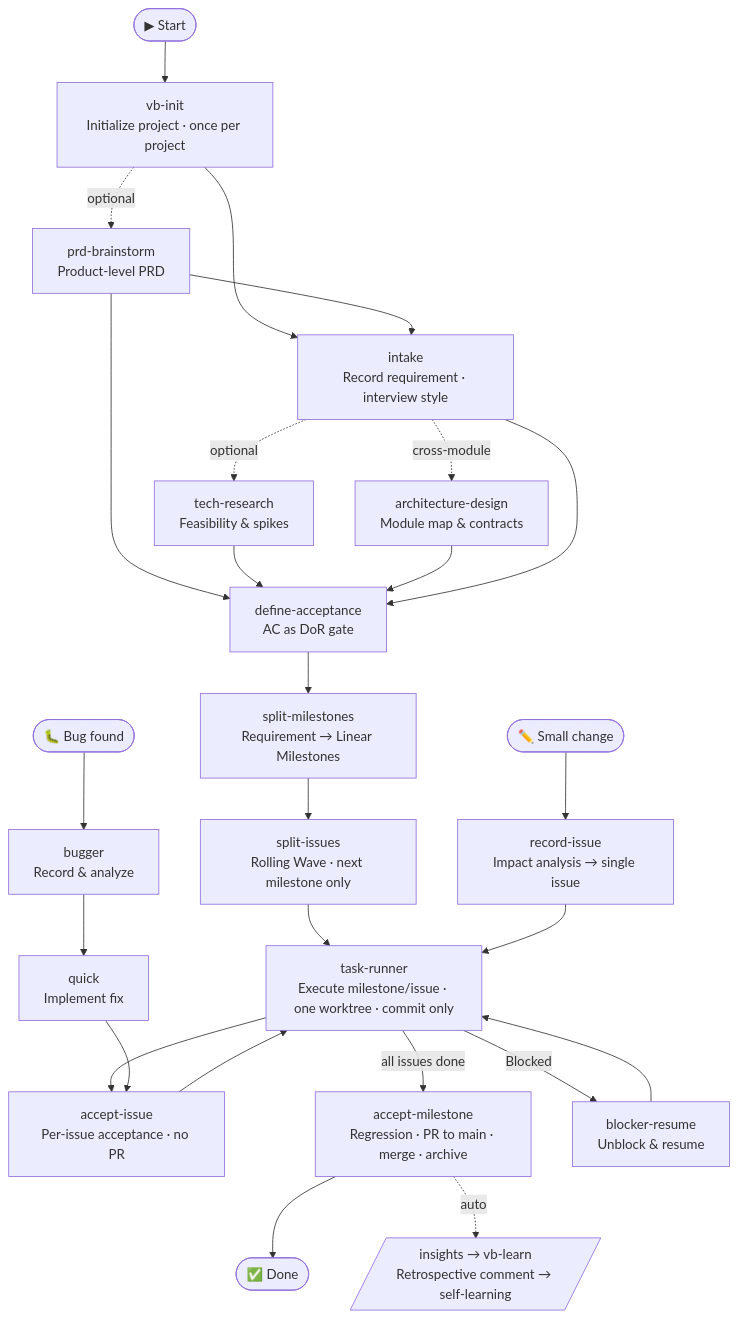
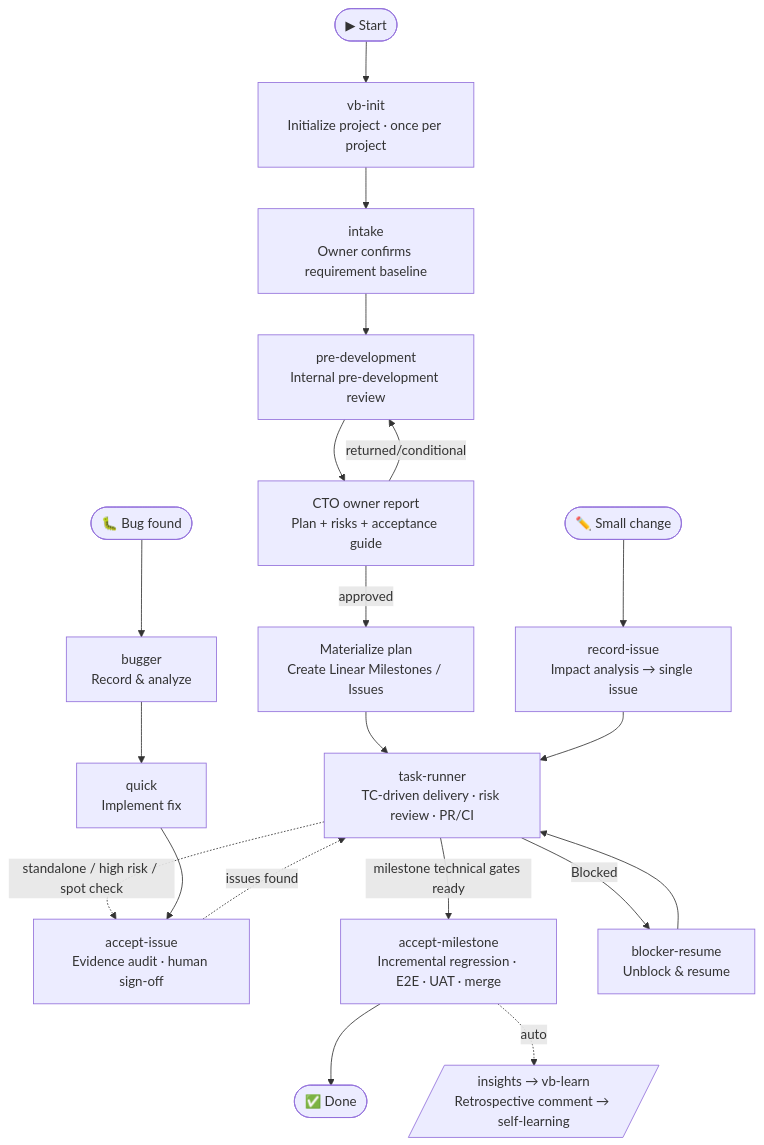
One commit to JsonLee12138/vibeRig changed the diagram in README.md. Above: the diagram before and after it, drawn with Mermaid. The commit also changed other lines of this file and 55 other files, not shown here.

Commit message:
feat(pre-development): add approval-ready orchestration workflow

````diff
--- a/README.md
+++ b/README.md
@@ -7,28 +7,22 @@
 ```mermaid
 flowchart TD
     S([▶ Start]) --> Init["vb-init\nInitialize project · once per project"]
-    Init -.optional.-> PRD["prd-brainstorm\nProduct-level PRD"]
-    Init --> Intake
-    PRD --> Intake["intake\nRecord requirement · interview style"]
-    Intake -.optional.-> Research["tech-research\nFeasibility & spikes"]
-    Intake -.cross-module.-> Arch["architecture-design\nModule map & contracts"]
-    PRD --> DefineAC
-    Research --> DefineAC
-    Arch --> DefineAC
-    Intake --> DefineAC["define-acceptance\nAC as DoR gate"]
-    DefineAC --> SplitMs["split-milestones\nRequirement → Linear Milestones"]
-    SplitMs --> SplitIs["split-issues\nRolling Wave · next milestone only"]
-    SplitIs --> TaskRunner["task-runner\nExecute milestone/issue · one worktree · commit only"]
-    TaskRunner --> AcceptIssue["accept-issue\nPer-issue acceptance · no PR"]
-    AcceptIssue --> TaskRunner
-    TaskRunner -->|"all issues done"| AcceptMs["accept-milestone\nRegression · PR to main · merge · archive"]
+    Init --> Intake["intake\nOwner confirms requirement baseline"]
+    Intake --> PreDev["pre-development\nInternal pre-development review"]
+    PreDev --> OwnerReview["CTO owner report\nPlan + risks + acceptance guide"]
+    OwnerReview -->|approved| Materialize["Materialize plan\nCreate Linear Milestones / Issues"]
+    OwnerReview -->|returned/conditional| PreDev
+    Materialize --> TaskRunner["task-runner\nTC-driven delivery · risk review · PR/CI"]
+    TaskRunner -.->|"standalone / high risk / spot check"| AcceptIssue["accept-issue\nEvidence audit · human sign-off"]
+    AcceptIssue -.->|"issues found"| TaskRunner
+    TaskRunner -->|"milestone technical gates ready"| AcceptMs["accept-milestone\nIncremental regression · E2E · UAT · merge"]
     AcceptMs --> Done([✅ Done])
     AcceptMs -."auto".-> Insights[/"insights → vb-learn\nRetrospective comment → self-learning"/]
     TaskRunner -->|"Blocked"| Blocker["blocker-resume\nUnblock & resume"]
     Blocker --> TaskRunner
 
     SmallEntry(["✏️ Small change"]) --> RecordIssue["record-issue\nImpact analysis → single issue"]
     RecordIssue --> TaskRunner
     BugEntry(["🐛 Bug found"]) --> Bugger["bugger\nRecord & analyze"]
     Bugger --> Quick["quick\nImplement fix"] --> AcceptIssue
 ```
````
